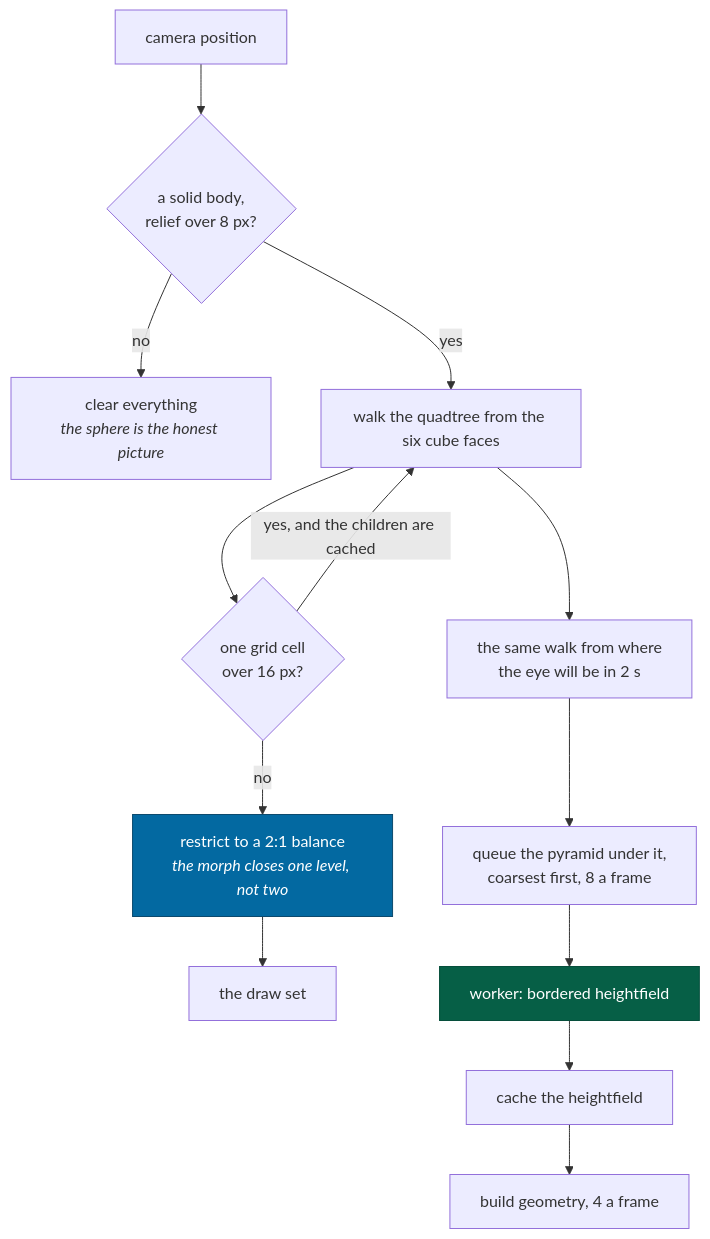
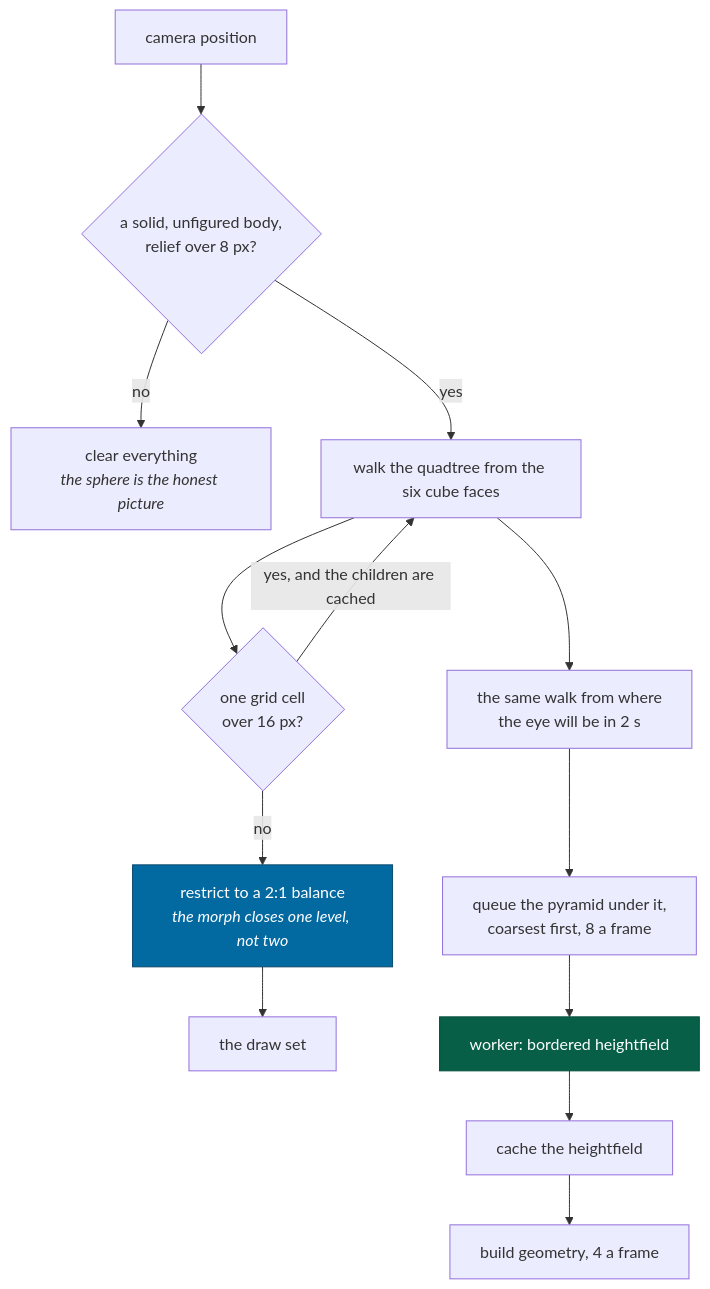
Before and after one commit to jonjaques/inertialref: the third of 3 diagrams in docs/concepts/streaming.md, drawn with Mermaid. The commit also changed other lines of this file and 8 other files, not shown here.

````diff
--- a/docs/concepts/streaming.md
+++ b/docs/concepts/streaming.md
@@ -82,18 +82,18 @@
 ```mermaid
 flowchart TB
-    CAM["camera position"] --> BODY{"a solid body,<br/>relief over 8 px?"}
+    CAM["camera position"] --> BODY{"a solid, unfigured body,<br/>relief over 8 px?"}
     BODY -->|no| CLEAR["clear everything<br/><i>the sphere is the honest picture</i>"]
     BODY -->|yes| WALK["walk the quadtree from the six cube faces"]
     WALK --> REFINE{"one grid cell<br/>over 16 px?"}
     REFINE -->|"yes, and the children are cached"| WALK
     REFINE -->|no| BALANCE["restrict to a 2:1 balance<br/><i>the morph closes one level, not two</i>"]
     BALANCE --> DRAW["the draw set"]
     WALK --> AHEAD["the same walk from where<br/>the eye will be in 2 s"]
     AHEAD --> QUEUE["queue the pyramid under it,<br/>coarsest first, 8 a frame"]
     QUEUE --> JOB["worker: bordered heightfield"]
     JOB --> CACHE["cache the heightfield"]
     CACHE --> MESH["build geometry, 4 a frame"]
 
     style JOB fill:#065f46,stroke:#064e3b,color:#fff
     style BALANCE fill:#0369a1,stroke:#0c4a6e,color:#fff
 ```
````
